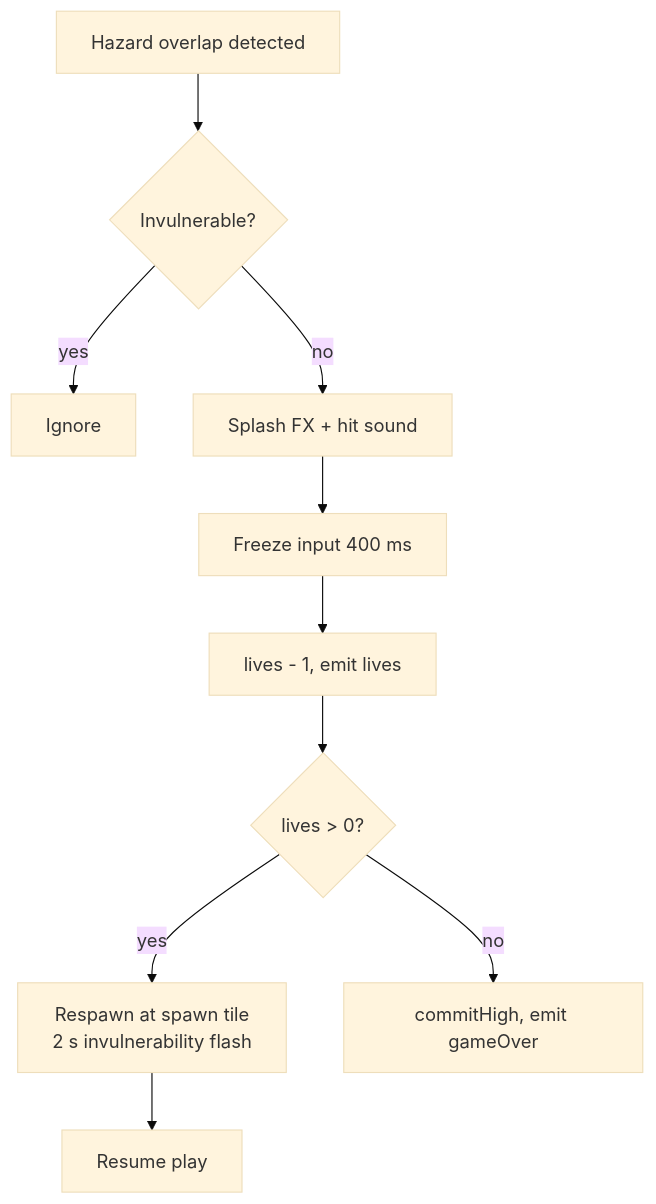
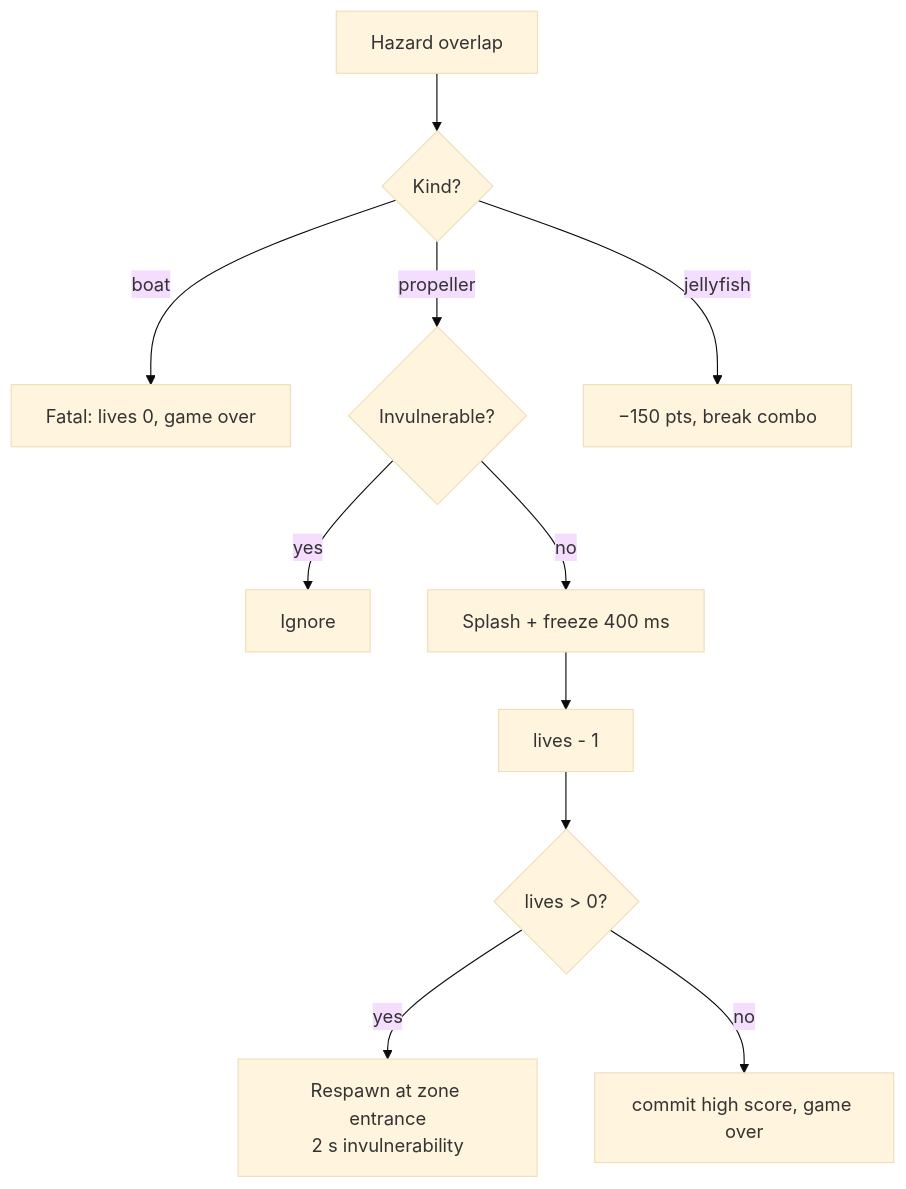
One commit to jayrosen-design/river-manatee-dash changed the fourth of 4 diagrams in README.md. Above: the diagram before and after it, drawn with Mermaid (base theme). The commit also changed other lines of this file and 20 other files, not shown here.

````diff
--- a/README.md
+++ b/README.md
@@ -156,12 +178,13 @@
 ```mermaid
 flowchart TD
-  A[Hazard overlap detected] --> B{Invulnerable?}
-  B -- yes --> C[Ignore]
-  B -- no --> D[Splash FX + hit sound]
-  D --> E[Freeze input 400 ms]
-  E --> F[lives - 1, emit lives]
-  F --> G{lives > 0?}
-  G -- yes --> H[Respawn at spawn tile<br/>2 s invulnerability flash]
-  G -- no --> I[commitHigh, emit gameOver]
-  H --> J[Resume play]
+  A[Hazard overlap] --> B{Kind?}
+  B -- boat --> C[Fatal: lives 0, game over]
+  B -- propeller --> D{Invulnerable?}
+  B -- jellyfish --> E[−150 pts, break combo]
+  D -- yes --> F[Ignore]
+  D -- no --> G[Splash + freeze 400 ms]
+  G --> H[lives - 1]
+  H --> I{lives > 0?}
+  I -- yes --> J[Respawn at zone entrance<br/>2 s invulnerability]
+  I -- no --> K[commit high score, game over]
 ```
````
